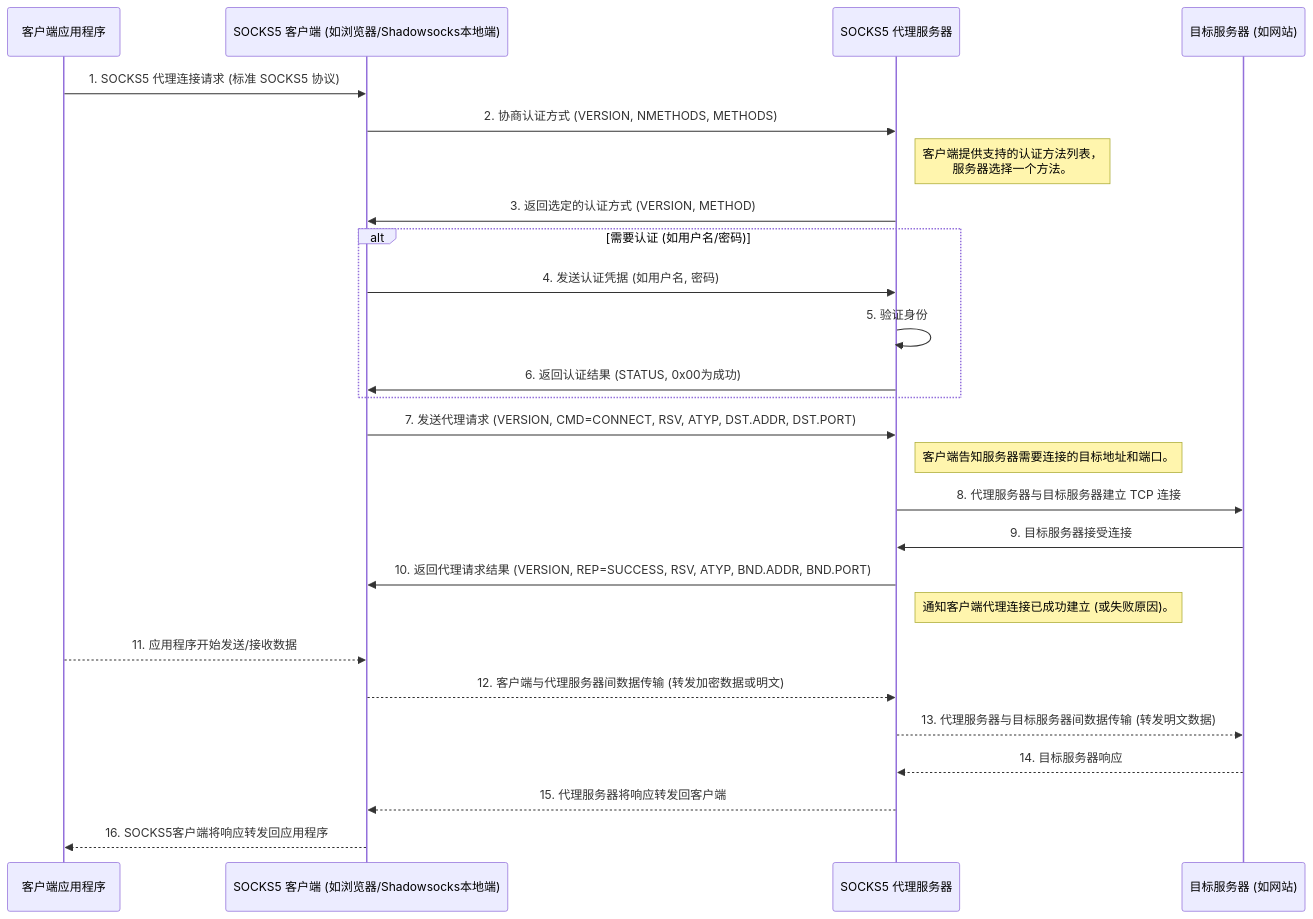
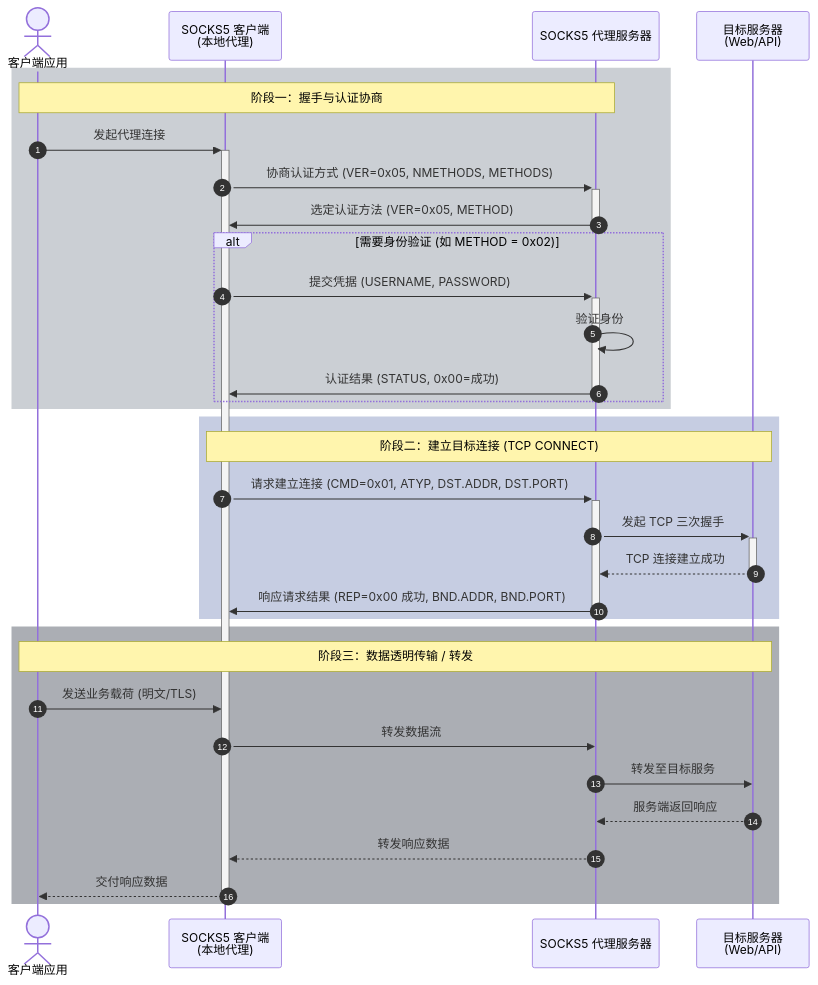
Before and after one commit to teatang/t-blog: the diagram in source/_posts/2023/2023-05-22_SOCKS5协议详解：网络代理的基础与通用协议.md, drawn with Mermaid. The commit also changed 26 other files, not shown here.

```diff
--- a/source/_posts/2023/2023-05-22_SOCKS5协议详解：网络代理的基础与通用协议.md
+++ b/source/_posts/2023/2023-05-22_SOCKS5协议详解：网络代理的基础与通用协议.md
@@ -57,33 +57,39 @@
 {% mermaid %}
 sequenceDiagram
-    participant Client_App as 客户端应用程序
-    participant SOCKS5_Client as SOCKS5 客户端 (如浏览器/Shadowsocks本地端)
-    participant SOCKS5_Server as SOCKS5 代理服务器
-    participant Target_Server as 目标服务器 (如网站)
+    autonumber
+    actor App as 客户端应用
+    participant Client as SOCKS5 客户端<br/>(本地代理)
+    participant Server as SOCKS5 代理服务器
+    participant Target as 目标服务器<br/>(Web/API)
 
-    Client_App->>SOCKS5_Client: 1. SOCKS5 代理连接请求 (标准 SOCKS5 协议)
-    SOCKS5_Client->>SOCKS5_Server: 2. 协商认证方式 (VERSION, NMETHODS, METHODS)
-        note right of SOCKS5_Server: 客户端提供支持的认证方法列表，<br/>服务器选择一个方法。
-    SOCKS5_Server->>SOCKS5_Client: 3. 返回选定的认证方式 (VERSION, METHOD)
-
-    alt 需要认证 (如用户名/密码)
-        SOCKS5_Client->>SOCKS5_Server: 4. 发送认证凭据 (如用户名, 密码)
-        SOCKS5_Server->>SOCKS5_Server: 5. 验证身份
-        SOCKS5_Server->>SOCKS5_Client: 6. 返回认证结果 (STATUS, 0x00为成功)
+    rect rgba(51, 65, 85, 0.25)
+    Note over App, Server: 阶段一：握手与认证协商
+    App->>+Client: 发起代理连接
+    Client->>+Server: 协商认证方式 (VER=0x05, NMETHODS, METHODS)
+    Server->>-Client: 选定认证方法 (VER=0x05, METHOD)
+    
+    alt 需要身份验证 (如 METHOD = 0x02)
+        Client->>+Server: 提交凭据 (USERNAME, PASSWORD)
+        Server->>Server: 验证身份
+        Server->>-Client: 认证结果 (STATUS, 0x00=成功)
+    end
     end
 
-    SOCKS5_Client->>SOCKS5_Server: 7. 发送代理请求 (VERSION, CMD=CONNECT, RSV, ATYP, DST.ADDR, DST.PORT)
-        note right of SOCKS5_Server: 客户端告知服务器需要连接的目标地址和端口。
-    SOCKS5_Server->>Target_Server: 8. 代理服务器与目标服务器建立 TCP 连接
-    Target_Server->>SOCKS5_Server: 9. 目标服务器接受连接
+    rect rgba(30, 58, 138, 0.25)
+    Note over Client, Target: 阶段二：建立目标连接 (TCP CONNECT)
+    Client->>+Server: 请求建立连接 (CMD=0x01, ATYP, DST.ADDR, DST.PORT)
+    Server->>+Target: 发起 TCP 三次握手
+    Target-->>-Server: TCP 连接建立成功
+    Server->>-Client: 响应请求结果 (REP=0x00 成功, BND.ADDR, BND.PORT)
+    end
 
-    SOCKS5_Server->>SOCKS5_Client: 10. 返回代理请求结果 (VERSION, REP=SUCCESS, RSV, ATYP, BND.ADDR, BND.PORT)
-        note right of SOCKS5_Server: 通知客户端代理连接已成功建立 (或失败原因)。
-      
-    Client_App-->>SOCKS5_Client: 11. 应用程序开始发送/接收数据
-    SOCKS5_Client-->>SOCKS5_Server: 12. 客户端与代理服务器间数据传输 (转发加密数据或明文)
-    SOCKS5_Server-->>Target_Server: 13. 代理服务器与目标服务器间数据传输 (转发明文数据)
-    Target_Server-->>SOCKS5_Server: 14. 目标服务器响应
-    SOCKS5_Server-->>SOCKS5_Client: 15. 代理服务器将响应转发回客户端
-    SOCKS5_Client-->>Client_App: 16. SOCKS5客户端将响应转发回应用程序
+    rect rgba(15, 23, 42, 0.35)
+    Note over App, Target: 阶段三：数据透明传输 / 转发
+    App->>Client: 发送业务载荷 (明文/TLS)
+    Client->>Server: 转发数据流
+    Server->>Target: 转发至目标服务
+    Target-->>Server: 服务端返回响应
+    Server-->>Client: 转发响应数据
+    Client-->>-App: 交付响应数据
+    end
 {% endmermaid %}
```
